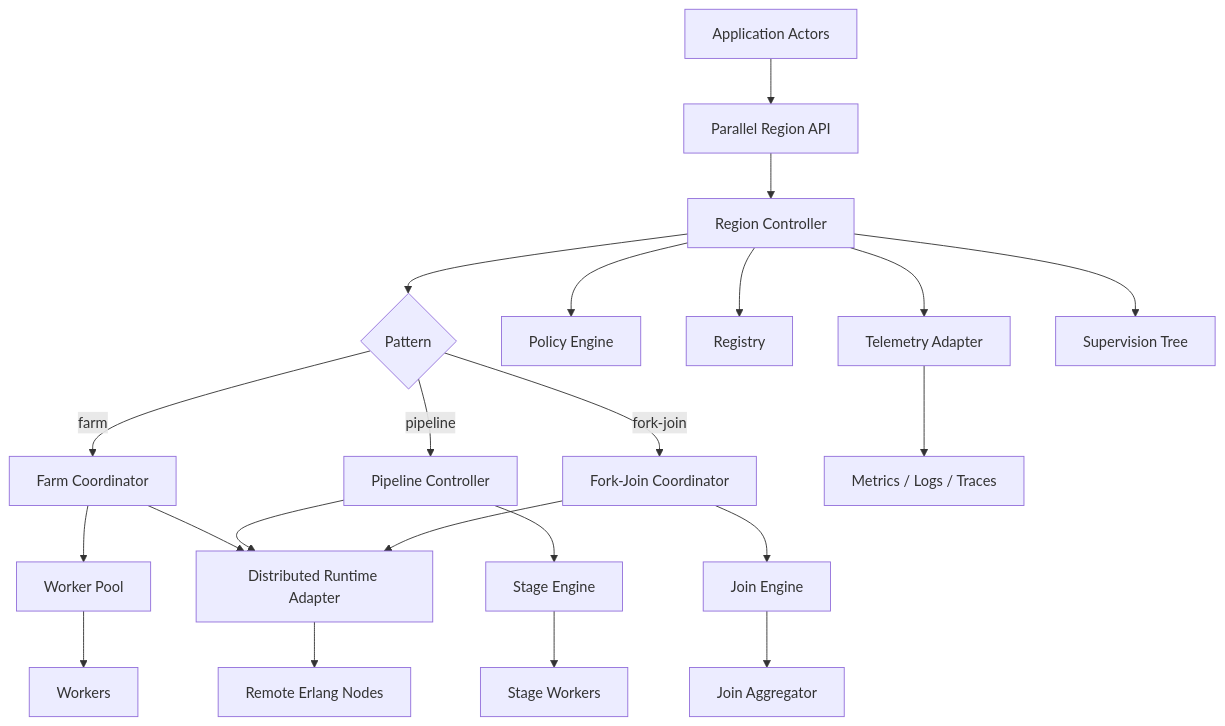
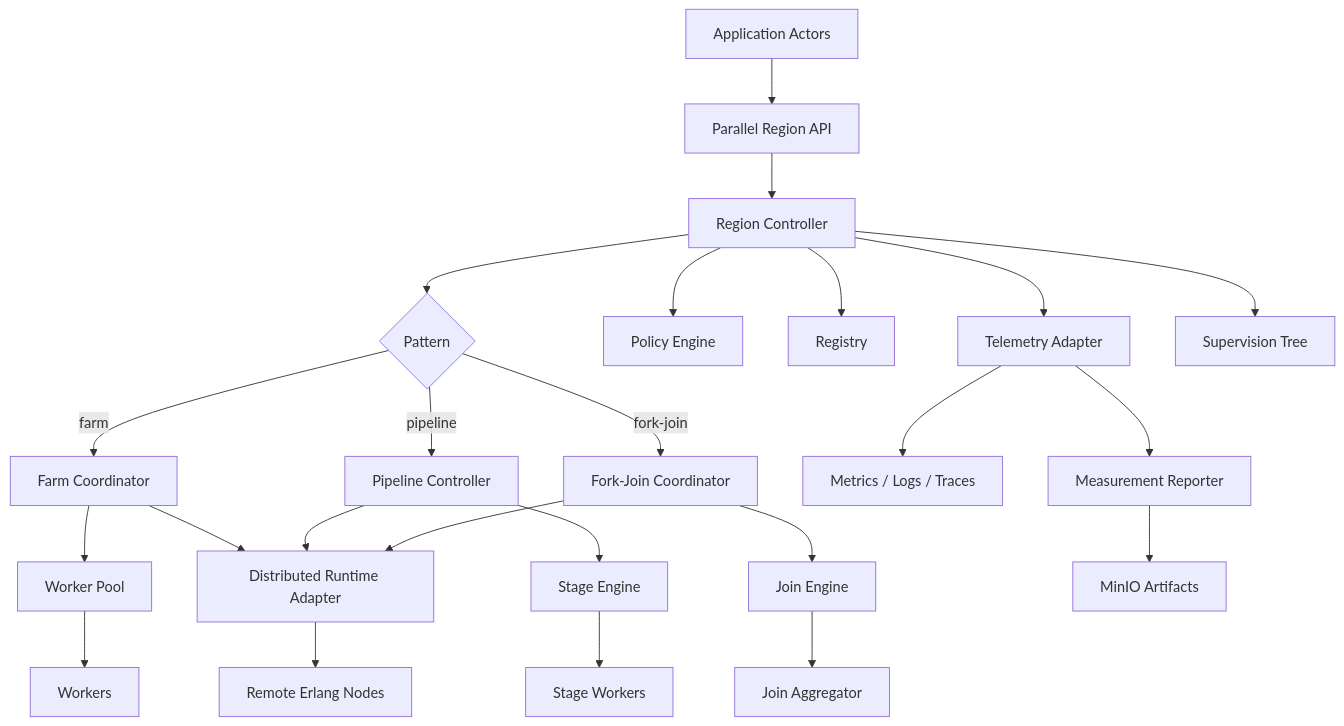
One commit to kofi-ska/swe-projects changed the second of 5 diagrams in erlang parallel patterns/v1/README.md. Above: the diagram before and after it, drawn with Mermaid. The commit also changed other lines of this file and 13 other files, not shown here.

````diff
--- a/erlang parallel patterns/v1/README.md
+++ b/erlang parallel patterns/v1/README.md
@@ -257,32 +264,34 @@
 ```mermaid
 flowchart TB
   A["Application Actors"] --> B["Parallel Region API"]
 
   B --> C["Region Controller"]
   C --> D{"Pattern"}
 
   D -->|farm| E["Farm Coordinator"]
   D -->|pipeline| F["Pipeline Controller"]
   D -->|fork-join| G["Fork-Join Coordinator"]
 
   C --> H["Policy Engine"]
   C --> I["Registry"]
   C --> J["Telemetry Adapter"]
   C --> K["Supervision Tree"]
 
   E --> L["Worker Pool"]
   F --> M["Stage Engine"]
   G --> N["Join Engine"]
 
   L --> O["Workers"]
   M --> P["Stage Workers"]
   N --> Q["Join Aggregator"]
 
   E --> R["Distributed Runtime Adapter"]
   F --> R
   G --> R
 
   R --> S["Remote Erlang Nodes"]
 
   J --> T["Metrics / Logs / Traces"]
+  J --> U["Measurement Reporter"]
+  U --> V["MinIO Artifacts"]
 ```
````
